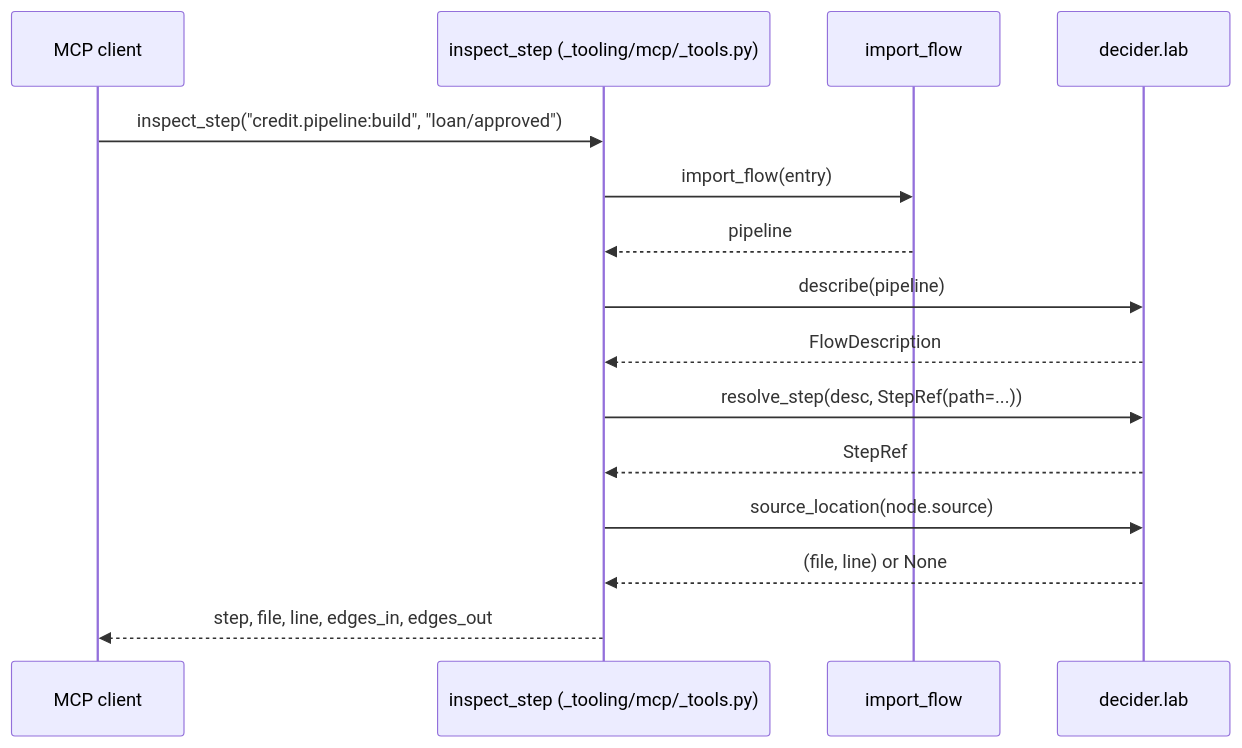
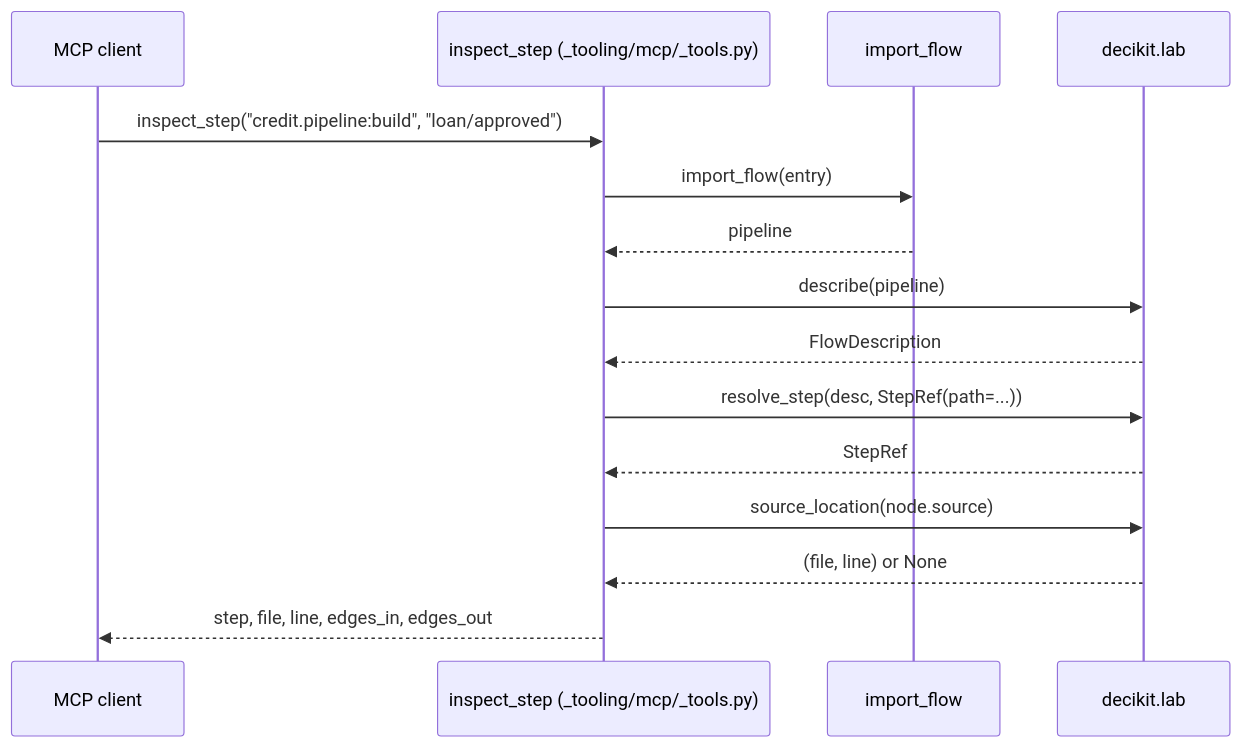
The third of 3 diagrams in docs/architecture/lab/index.md (capitec/dsp-decision-engine), drawn with Mermaid before and after one commit. The commit also changed other lines of this file and 1292 other files, not shown here.

Commit message:
rename decider to decikit: package, CLI, DECIKIT_* settings, plugin, extension, docs prose says decider toolkit

````diff
--- a/docs/architecture/lab/index.md
+++ b/docs/architecture/lab/index.md
@@ -330,17 +330,17 @@
 ```mermaid
 sequenceDiagram
   participant Agent as MCP client
   participant Tool as inspect_step (_tooling/mcp/_tools.py)
   participant Entry as import_flow
-  participant Lab as decider.lab
+  participant Lab as decikit.lab
   Agent->>Tool: inspect_step("credit.pipeline:build", "loan/approved")
   Tool->>Entry: import_flow(entry)
   Entry-->>Tool: pipeline
   Tool->>Lab: describe(pipeline)
   Lab-->>Tool: FlowDescription
   Tool->>Lab: resolve_step(desc, StepRef(path=...))
   Lab-->>Tool: StepRef
   Tool->>Lab: source_location(node.source)
   Lab-->>Tool: (file, line) or None
   Tool-->>Agent: step, file, line, edges_in, edges_out
 ```
````
